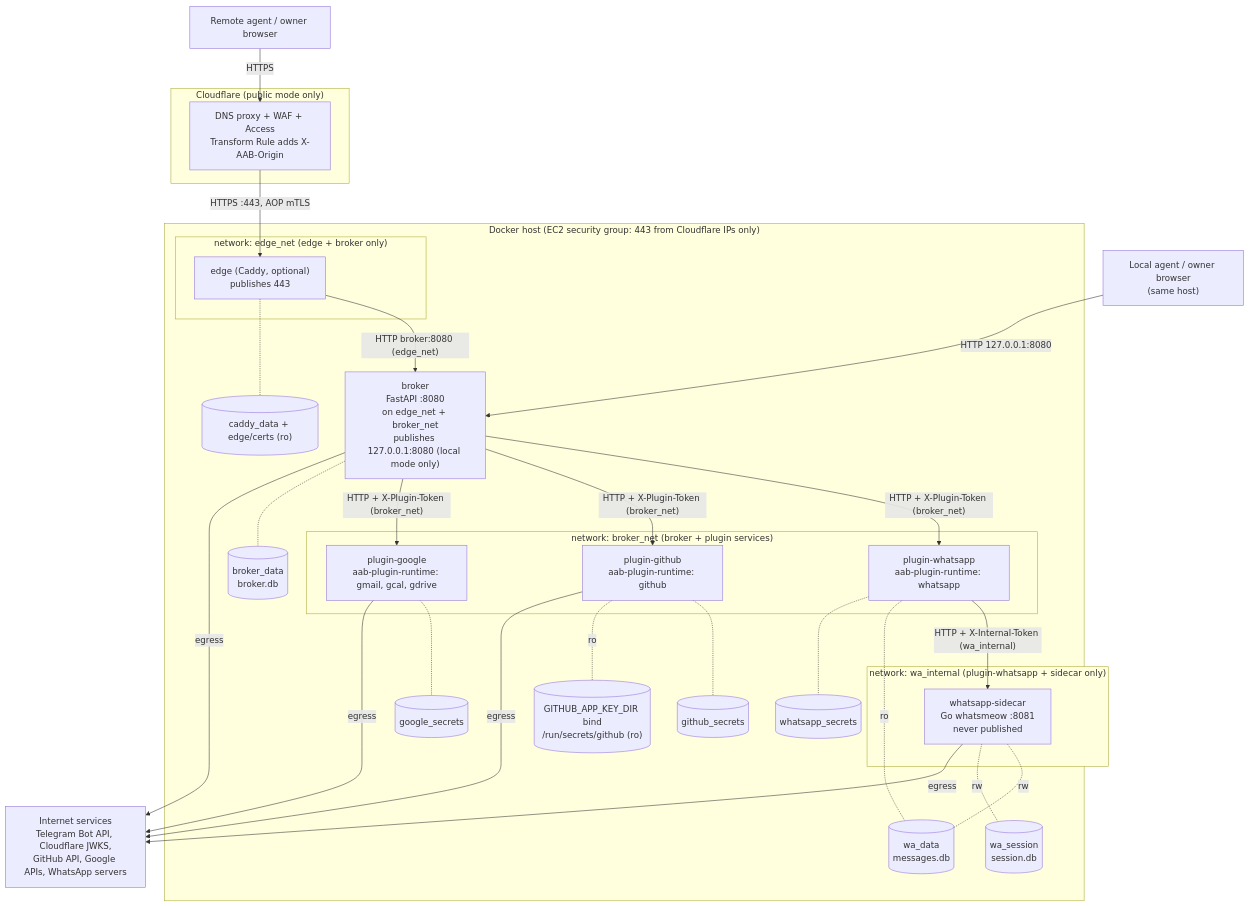
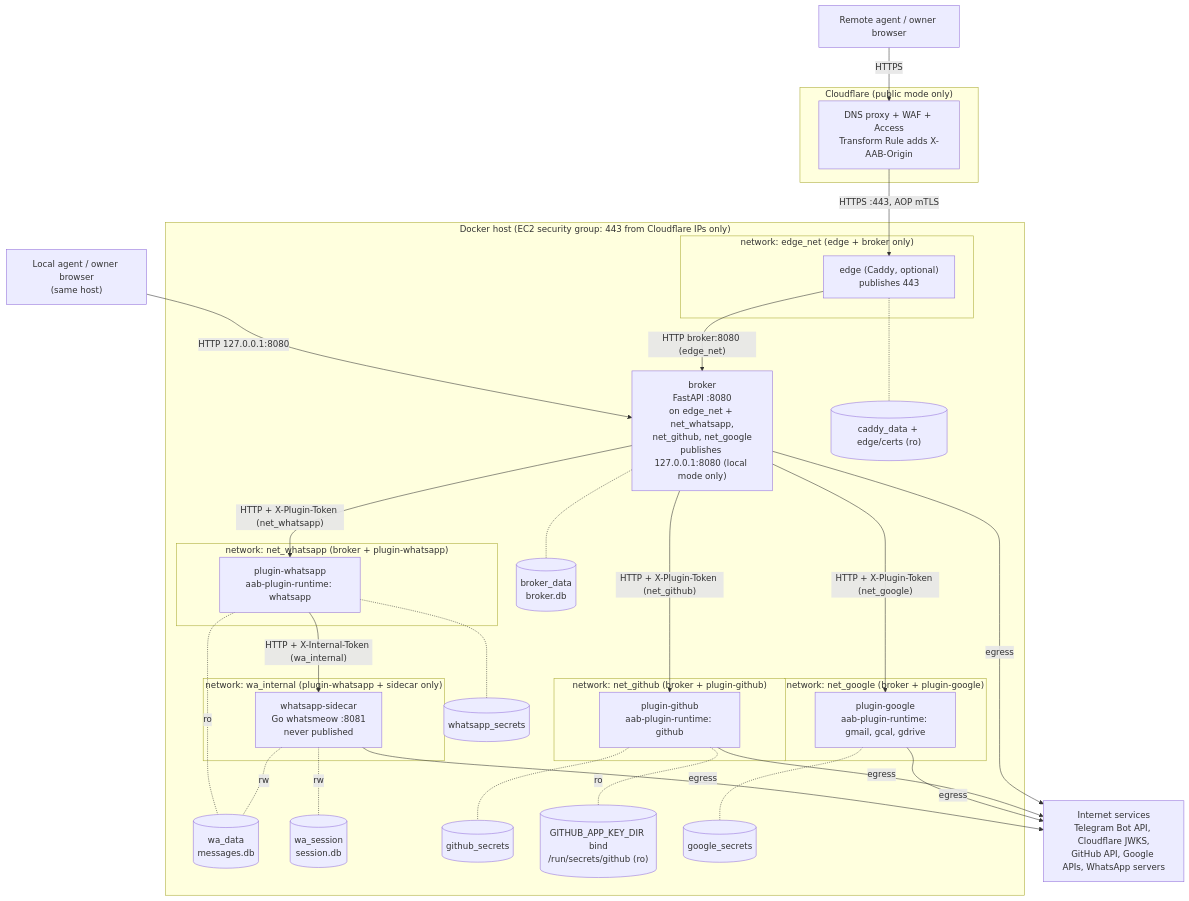
One commit to pelegw/agent-authority-broker changed the first of 3 diagrams in docs/architecture.md. Above: the diagram before and after it, drawn with Mermaid. The commit also changed other lines of this file and 14 other files, not shown here.

````diff
--- a/docs/architecture.md
+++ b/docs/architecture.md
@@ -302,55 +302,59 @@
 ```mermaid
 flowchart TB
   AGL["Local agent / owner browser<br/>(same host)"]
   subgraph CFZ["Cloudflare (public mode only)"]
     CF["DNS proxy + WAF + Access<br/>Transform Rule adds X-AAB-Origin"]
   end
   AGP["Remote agent / owner browser"]
 
   subgraph HOST["Docker host (EC2 security group: 443 from Cloudflare IPs only)"]
     subgraph EN["network: edge_net (edge + broker only)"]
       EDGE["edge (Caddy, optional)<br/>publishes 443"]
     end
-    BROKER["broker<br/>FastAPI :8080<br/>on edge_net + broker_net<br/>publishes 127.0.0.1:8080 (local mode only)"]
-    subgraph BN["network: broker_net (broker + plugin services)"]
+    BROKER["broker<br/>FastAPI :8080<br/>on edge_net + net_whatsapp,<br/>net_github, net_google<br/>publishes 127.0.0.1:8080 (local mode only)"]
+    subgraph NWA["network: net_whatsapp (broker + plugin-whatsapp)"]
       PWA["plugin-whatsapp<br/>aab-plugin-runtime: whatsapp"]
+    end
+    subgraph NGH["network: net_github (broker + plugin-github)"]
       PGH["plugin-github<br/>aab-plugin-runtime: github"]
+    end
+    subgraph NGO["network: net_google (broker + plugin-google)"]
       PGO["plugin-google<br/>aab-plugin-runtime: gmail, gcal, gdrive"]
     end
     subgraph WN["network: wa_internal (plugin-whatsapp + sidecar only)"]
       SC["whatsapp-sidecar<br/>Go whatsmeow :8081<br/>never published"]
     end
     VB[("broker_data<br/>broker.db")]
     VW[("wa_data<br/>messages.db")]
     VSE[("wa_session<br/>session.db")]
     VGH[("github_secrets")]
     VPEM[("GITHUB_APP_KEY_DIR bind<br/>/run/secrets/github (ro)")]
     VGO[("google_secrets")]
     VWS[("whatsapp_secrets")]
     VC[("caddy_data + edge/certs (ro)")]
   end
 
   EXT["Internet services<br/>Telegram Bot API, Cloudflare JWKS,<br/>GitHub API, Google APIs, WhatsApp servers"]
 
   AGP -->|HTTPS| CF
   CF -->|"HTTPS :443, AOP mTLS"| EDGE
   EDGE -->|"HTTP broker:8080 (edge_net)"| BROKER
   AGL -->|"HTTP 127.0.0.1:8080"| BROKER
-  BROKER -->|"HTTP + X-Plugin-Token (broker_net)"| PWA
-  BROKER -->|"HTTP + X-Plugin-Token (broker_net)"| PGH
-  BROKER -->|"HTTP + X-Plugin-Token (broker_net)"| PGO
+  BROKER -->|"HTTP + X-Plugin-Token (net_whatsapp)"| PWA
+  BROKER -->|"HTTP + X-Plugin-Token (net_github)"| PGH
+  BROKER -->|"HTTP + X-Plugin-Token (net_google)"| PGO
   PWA -->|"HTTP + X-Internal-Token (wa_internal)"| SC
   BROKER -.- VB
   SC -.-|rw| VW
   SC -.-|rw| VSE
   PWA -.-|ro| VW
   PWA -.- VWS
   PGH -.- VGH
   PGH -.-|ro| VPEM
   PGO -.- VGO
   EDGE -.- VC
   BROKER -->|egress| EXT
   PGH -->|egress| EXT
   PGO -->|egress| EXT
   SC -->|egress| EXT
 ```
````
